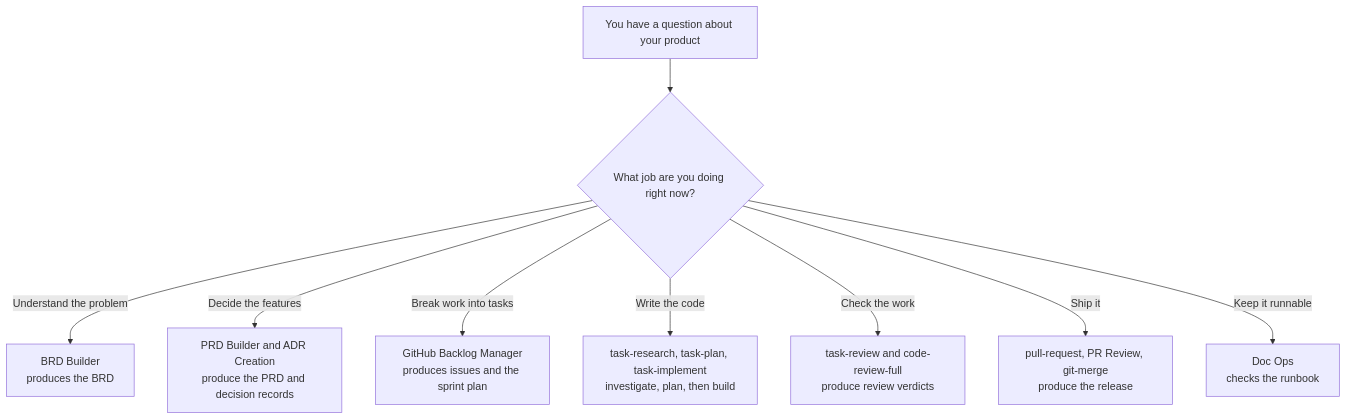
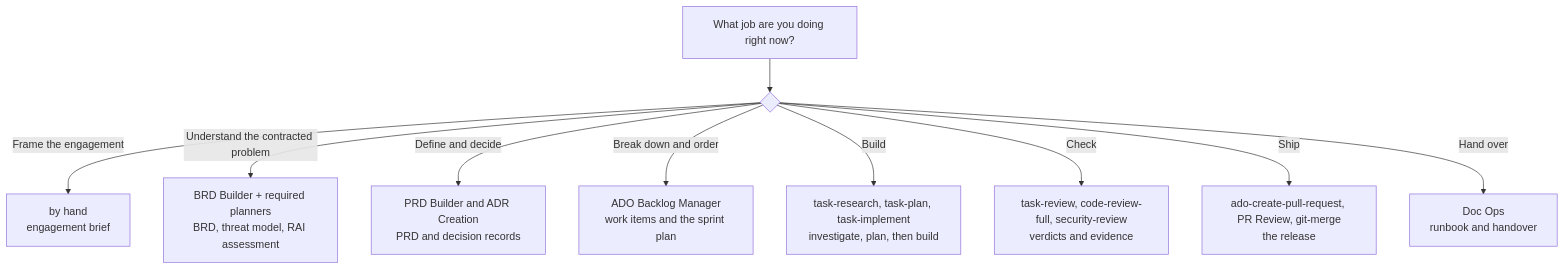
Before and after one commit to AbhranilGit/HVE-Core-Course: the diagram in README.md, drawn with Mermaid. The commit also changed other lines of this file and 28 other files, not shown here.

````diff
--- a/README.md
+++ b/README.md
@@ -200,11 +153,12 @@
 ```mermaid
 flowchart TB
-    Q["You have a question about your product"] --> ST{"What job are you doing right now?"}
-    ST -->|Understand the problem| F2["BRD Builder<br/>produces the BRD"]
-    ST -->|Decide the features| F3["PRD Builder and ADR Creation<br/>produce the PRD and decision records"]
-    ST -->|Break work into tasks| F45["GitHub Backlog Manager<br/>produces issues and the sprint plan"]
-    ST -->|Write the code| F6["task-research, task-plan, task-implement<br/>investigate, plan, then build"]
-    ST -->|Check the work| F7["task-review and code-review-full<br/>produce review verdicts"]
-    ST -->|Ship it| F8["pull-request, PR Review, git-merge<br/>produce the release"]
-    ST -->|Keep it runnable| F9["Doc Ops<br/>checks the runbook"]
+    Q["What job are you doing right now?"] --> ST{" "}
+    ST -->|Frame the engagement| F0["by hand<br/>engagement brief"]
+    ST -->|Understand the contracted problem| F2["BRD Builder + required planners<br/>BRD, threat model, RAI assessment"]
+    ST -->|Define and decide| F3["PRD Builder and ADR Creation<br/>PRD and decision records"]
+    ST -->|Break down and order| F45["ADO Backlog Manager<br/>work items and the sprint plan"]
+    ST -->|Build| F6["task-research, task-plan, task-implement<br/>investigate, plan, then build"]
+    ST -->|Check| F7["task-review, code-review-full, security-review<br/>verdicts and evidence"]
+    ST -->|Ship| F8["ado-create-pull-request, PR Review, git-merge<br/>the release"]
+    ST -->|Hand over| F9["Doc Ops<br/>runbook and handover"]
 ```
````
